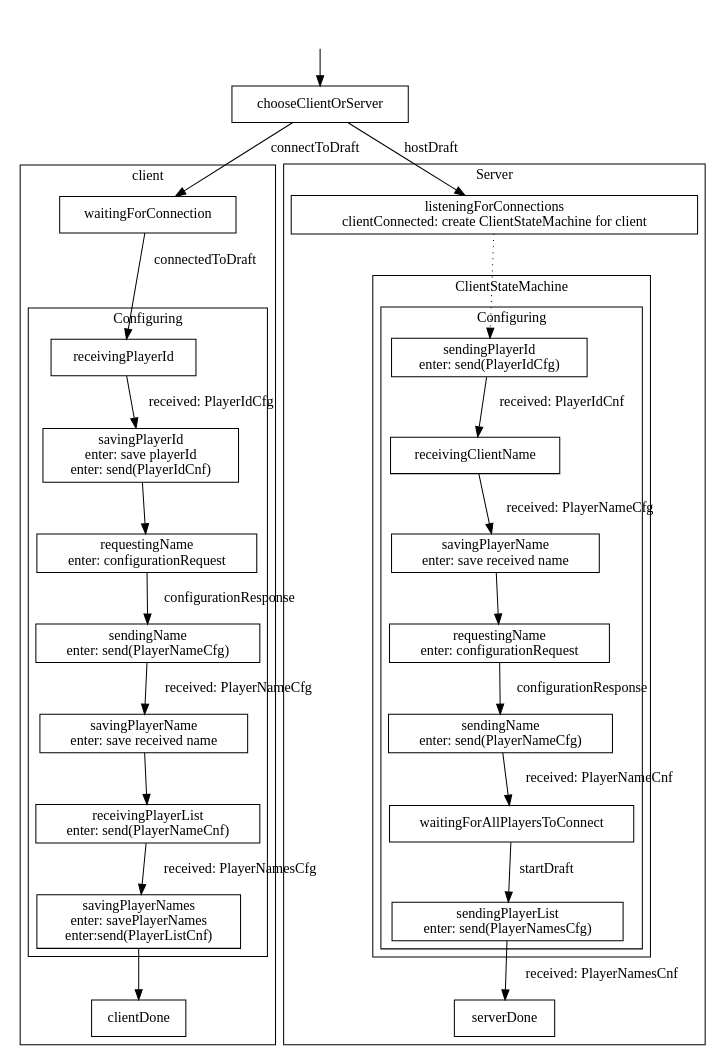
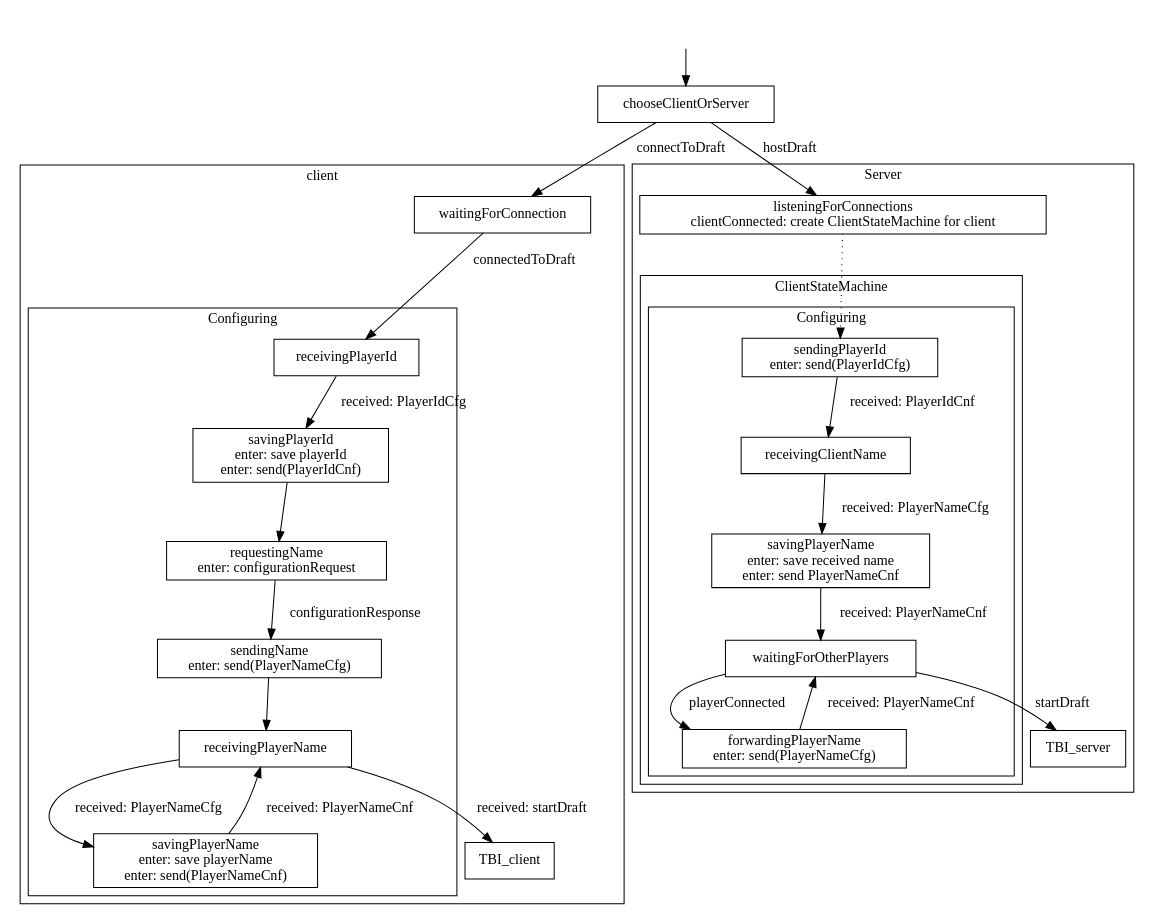
One commit to elchtzeasar/draft changed the diagram in state/graph.dot. Above: the diagram before and after it, drawn with Graphviz. The commit also changed 5 other files, not shown here.

Commit message:
Simplified the name swapping between client and server. The server no longer sends a name, but will instead have its own client like all other programs.

```diff
--- a/state/graph.dot
+++ b/state/graph.dot
@@ -1,64 +1,59 @@
 digraph G {
   node [shape=box];
 
   subgraph cluster1 {
     label = "client";
 
     subgraph cluster11 {
       label = "Configuring";
 
       savingPlayerId [label = "savingPlayerId\nenter: save playerId\nenter: send(PlayerIdCnf)"];
       requestingName_client [label = "requestingName\nenter: configurationRequest"];
-      sendingName_client [label = "sendingName\nenter: send(PlayerNameCfg)"]
-      savingPlayerName_client [label = "savingPlayerName\nenter: save received name"]
-      receivingPlayerList [label = "receivingPlayerList\nenter: send(PlayerNameCnf)"];
-      savingPlayerNames [label = "savingPlayerNames\nenter: savePlayerNames\nenter:send(PlayerListCnf)"];
+      sendingName_client [label = "sendingName\nenter: send(PlayerNameCfg)"];
+      savingPlayerName_client [label = "savingPlayerName\nenter: save playerName\nenter: send(PlayerNameCnf)"];
 
       receivingPlayerId -> savingPlayerId [label = "received: PlayerIdCfg"];
       savingPlayerId -> requestingName_client;
       requestingName_client -> sendingName_client [label = "configurationResponse"];
-      sendingName_client -> savingPlayerName_client [label = "received: PlayerNameCfg"];
-      savingPlayerName_client -> receivingPlayerList;
-      receivingPlayerList -> savingPlayerNames [label = "received: PlayerNamesCfg"];
+      sendingName_client -> receivingPlayerName;
+      receivingPlayerName -> savingPlayerName_client [label = "received: PlayerNameCfg"];
+      savingPlayerName_client -> receivingPlayerName [label = "received: PlayerNameCnf"];
     }
 
+    receivingPlayerName -> TBI_client [label = "received: startDraft"];
     waitingForConnection -> receivingPlayerId [label = "connectedToDraft"];
-    savingPlayerNames -> clientDone;
   }
 
   subgraph cluster2 {
     label = "Server";
 
     listeningForConnections [label = "listeningForConnections\nclientConnected: create ClientStateMachine for client"];
 
     subgraph cluster21 {
       label = "ClientStateMachine";
   
       subgraph cluster211 {
         label = "Configuring";
 
 	sendingPlayerId [label = "sendingPlayerId\nenter: send(PlayerIdCfg)"];
-        requestingName_server [label = "requestingName\nenter: configurationRequest"];
-	sendingName_server [label = "sendingName\nenter: send(PlayerNameCfg)"];	
-	savingPlayerName_server [label = "savingPlayerName\nenter: save received name"];
-	waitingForAllPlayersToConnect;
-	sendingPlayerList [label = "sendingPlayerList\nenter: send(PlayerNamesCfg)"];
+ 	savingPlayerName_server [label = "savingPlayerName\nenter: save received name\nenter: send PlayerNameCnf"];
+	waitingForOtherPlayers;
+ 	forwardingPlayerName [label = "forwardingPlayerName\nenter: send(PlayerNameCfg)"];
 
 	sendingPlayerId -> receivingClientName [label = "received: PlayerIdCnf"];
 	receivingClientName -> savingPlayerName_server [label = "received: PlayerNameCfg"];
-	savingPlayerName_server -> requestingName_server;
-	requestingName_server -> sendingName_server [label = "configurationResponse"];
-	sendingName_server -> waitingForAllPlayersToConnect [label = "received: PlayerNameCnf"];
-	waitingForAllPlayersToConnect -> sendingPlayerList [label = "startDraft"];
+	savingPlayerName_server -> waitingForOtherPlayers [label = "received: PlayerNameCnf"];
+	waitingForOtherPlayers -> forwardingPlayerName [label = "playerConnected"];
+	forwardingPlayerName -> waitingForOtherPlayers [label = "received: PlayerNameCnf"];
       }
     } 
 
     listeningForConnections -> sendingPlayerId [style=dotted];
-    sendingPlayerList -> serverDone [label = "received: PlayerNamesCnf"];
+    waitingForOtherPlayers -> TBI_server [label = "startDraft"];
   }
 
   null [shape = plaintext label=""];
   null -> chooseClientOrServer;
   chooseClientOrServer -> waitingForConnection [label = "connectToDraft"];
   chooseClientOrServer -> listeningForConnections [label = "hostDraft"];
 }
```
